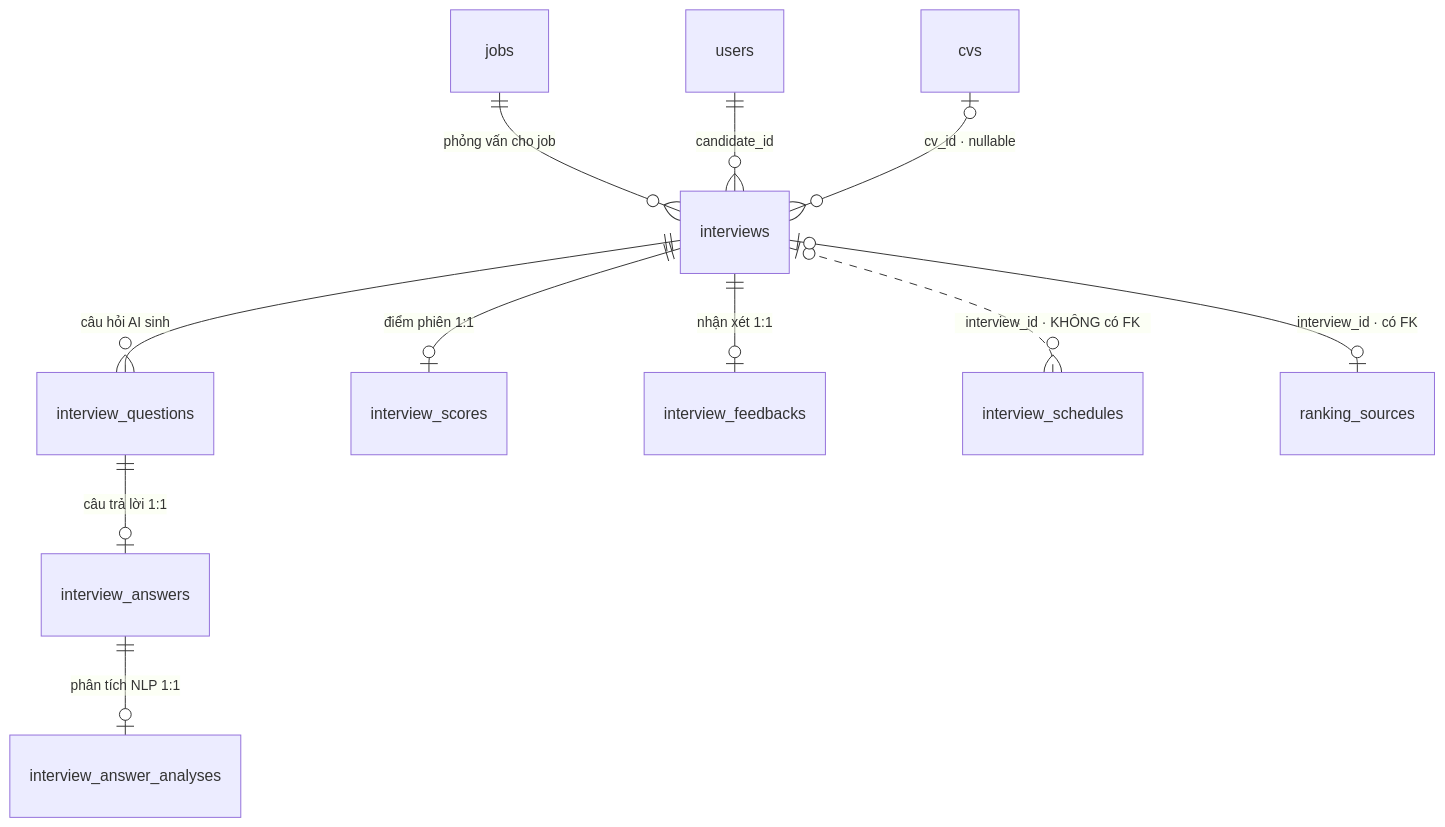
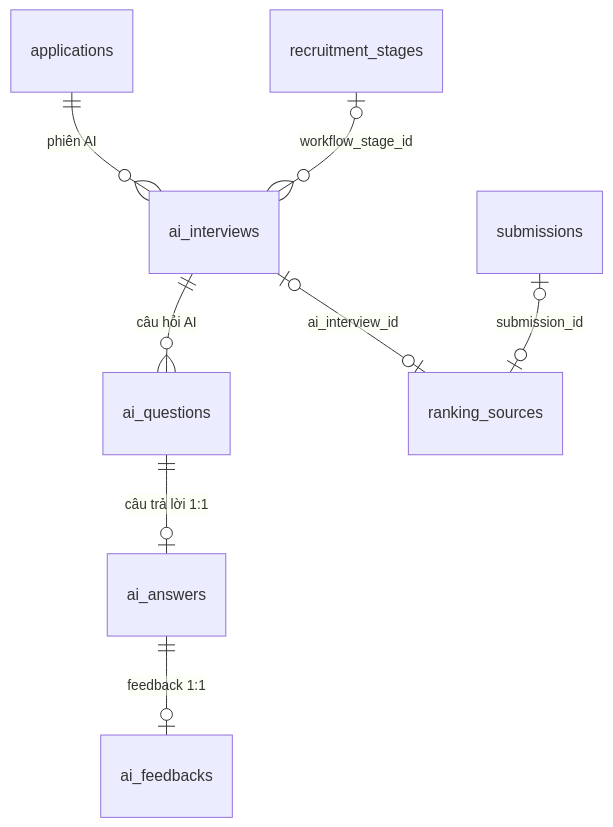
One commit to hieupnh12/SmartHire-AI changed the ninth of 11 diagrams in docs/database/README.md. Above: the diagram before and after it, drawn with Mermaid. The commit also changed other lines of this file and 59 other files, not shown here.

````diff
--- a/docs/database/README.md
+++ b/docs/database/README.md
@@ -443,15 +462,10 @@
 ```mermaid
 erDiagram
-    jobs ||--o{ interviews : "phỏng vấn cho job"
-    users ||--o{ interviews : "candidate_id"
-    cvs |o--o{ interviews : "cv_id · nullable"
-
-    interviews ||--o{ interview_questions : "câu hỏi AI sinh"
-    interview_questions ||--o| interview_answers : "câu trả lời 1:1"
-    interview_answers ||--o| interview_answer_analyses : "phân tích NLP 1:1"
-    interviews ||--o| interview_scores : "điểm phiên 1:1"
-    interviews ||--o| interview_feedbacks : "nhận xét 1:1"
-
-    interviews |o..o{ interview_schedules : "interview_id · KHÔNG có FK"
-    interviews |o--o| ranking_sources : "interview_id · có FK"
+    applications ||--o{ ai_interviews : "phiên AI"
+    recruitment_stages |o--o{ ai_interviews : "workflow_stage_id"
+    ai_interviews ||--o{ ai_questions : "câu hỏi AI"
+    ai_questions ||--o| ai_answers : "câu trả lời 1:1"
+    ai_answers ||--o| ai_feedbacks : "feedback 1:1"
+    ai_interviews |o--o| ranking_sources : "ai_interview_id"
+    submissions |o--o| ranking_sources : "submission_id"
 ```
````
